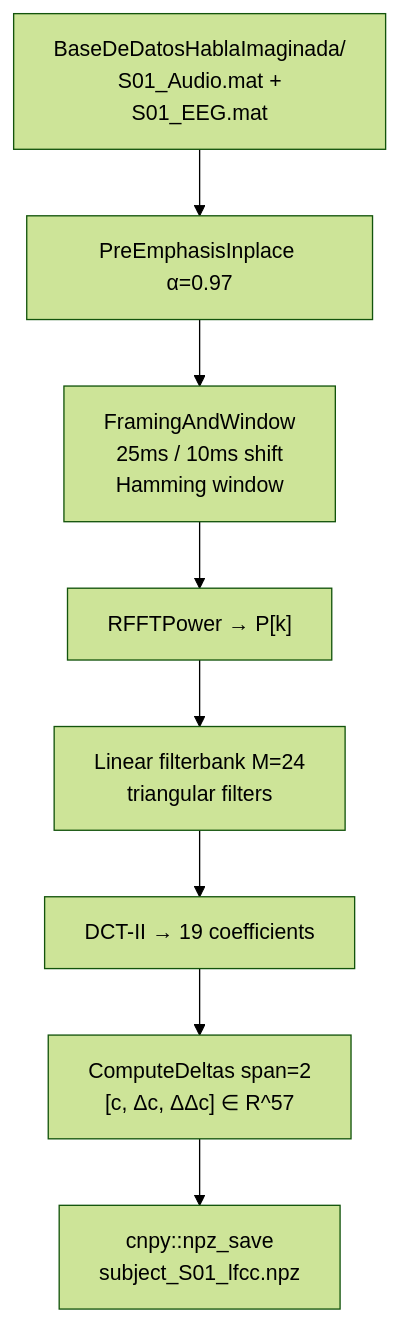
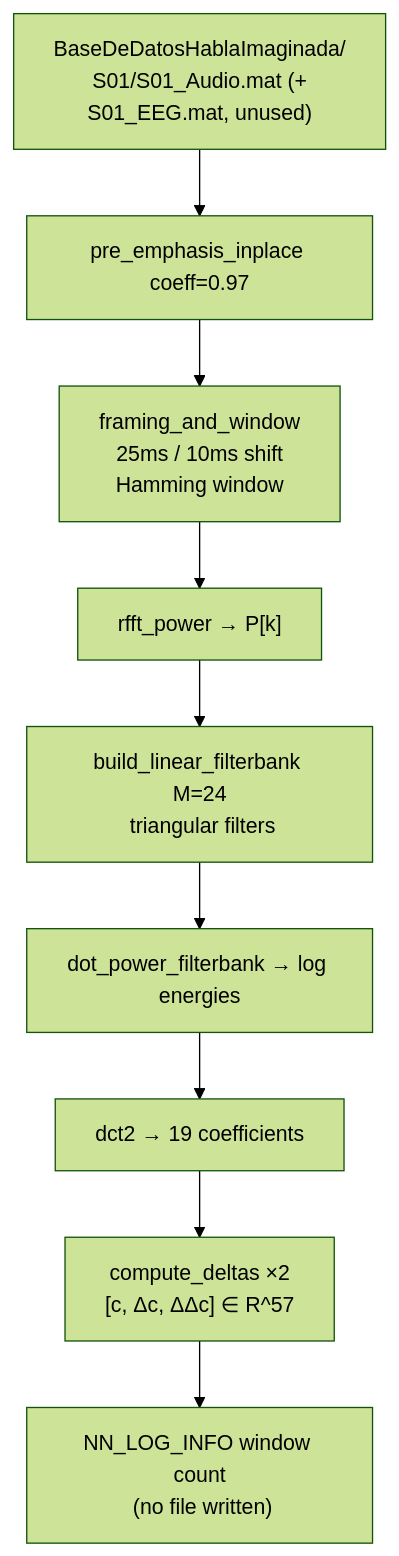
The diagram in software/nn/.wiki/Demos/lfcc-feature-demo.md (ensismoebius/doutorado), drawn with Mermaid (forest theme) before and after one commit. The commit also changed other lines of this file and 50 other files, not shown here.

````diff
--- a/software/nn/.wiki/Demos/lfcc-feature-demo.md
+++ b/software/nn/.wiki/Demos/lfcc-feature-demo.md
@@ -53,10 +59,11 @@
 ```mermaid
 flowchart TD
-    A["BaseDeDatosHablaImaginada/\n S01_Audio.mat + S01_EEG.mat"] --> B["PreEmphasisInplace α=0.97"]
-    B --> C["FramingAndWindow\n 25ms / 10ms shift\n Hamming window"]
-    C --> D["RFFTPower → P[k]"]
-    D --> E["Linear filterbank M=24\n triangular filters"]
-    E --> F["DCT-II → 19 coefficients"]
-    F --> G["ComputeDeltas span=2\n [c, Δc, ΔΔc] ∈ R^57"]
-    G --> H["cnpy::npz_save\n subject_S01_lfcc.npz"]
+    A["BaseDeDatosHablaImaginada/\n S01/S01_Audio.mat (+ S01_EEG.mat, unused)"] --> B["pre_emphasis_inplace coeff=0.97"]
+    B --> C["framing_and_window\n 25ms / 10ms shift\n Hamming window"]
+    C --> D["rfft_power → P[k]"]
+    D --> E["build_linear_filterbank M=24\n triangular filters"]
+    E --> F["dot_power_filterbank → log energies"]
+    F --> G["dct2 → 19 coefficients"]
+    G --> H["compute_deltas ×2\n [c, Δc, ΔΔc] ∈ R^57"]
+    H --> I["NN_LOG_INFO window count\n (no file written)"]
 ```
````
